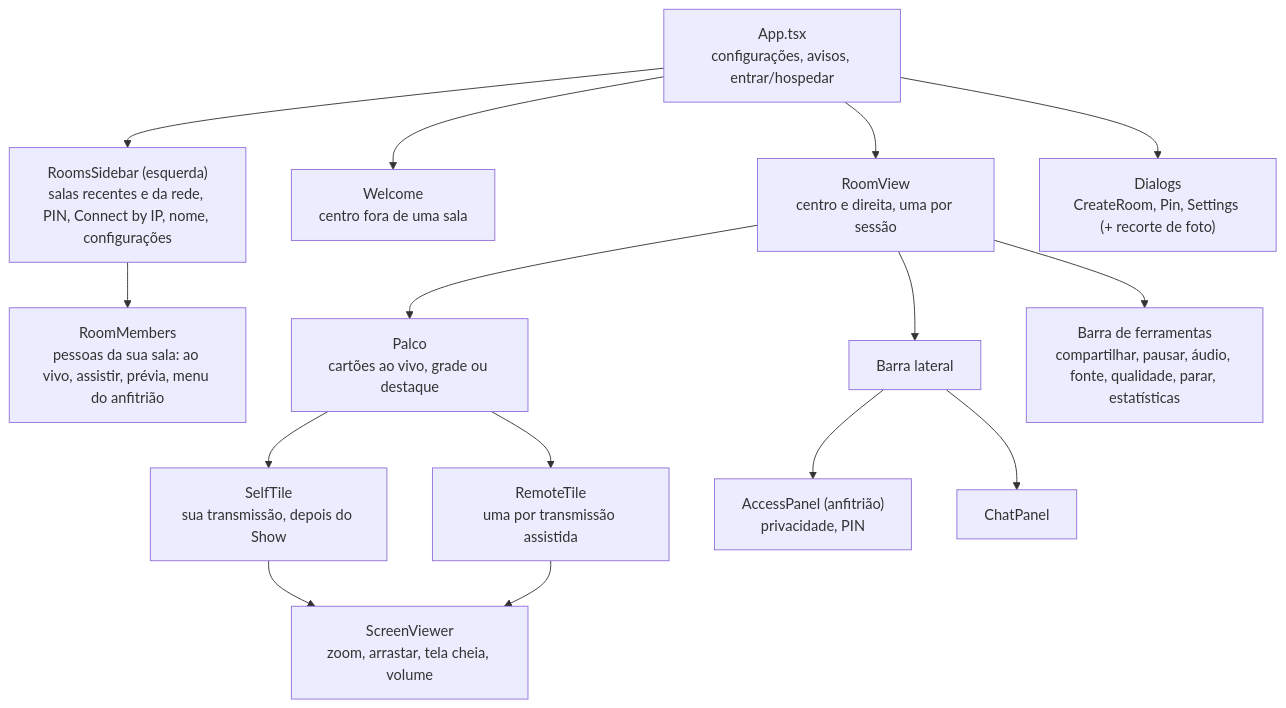
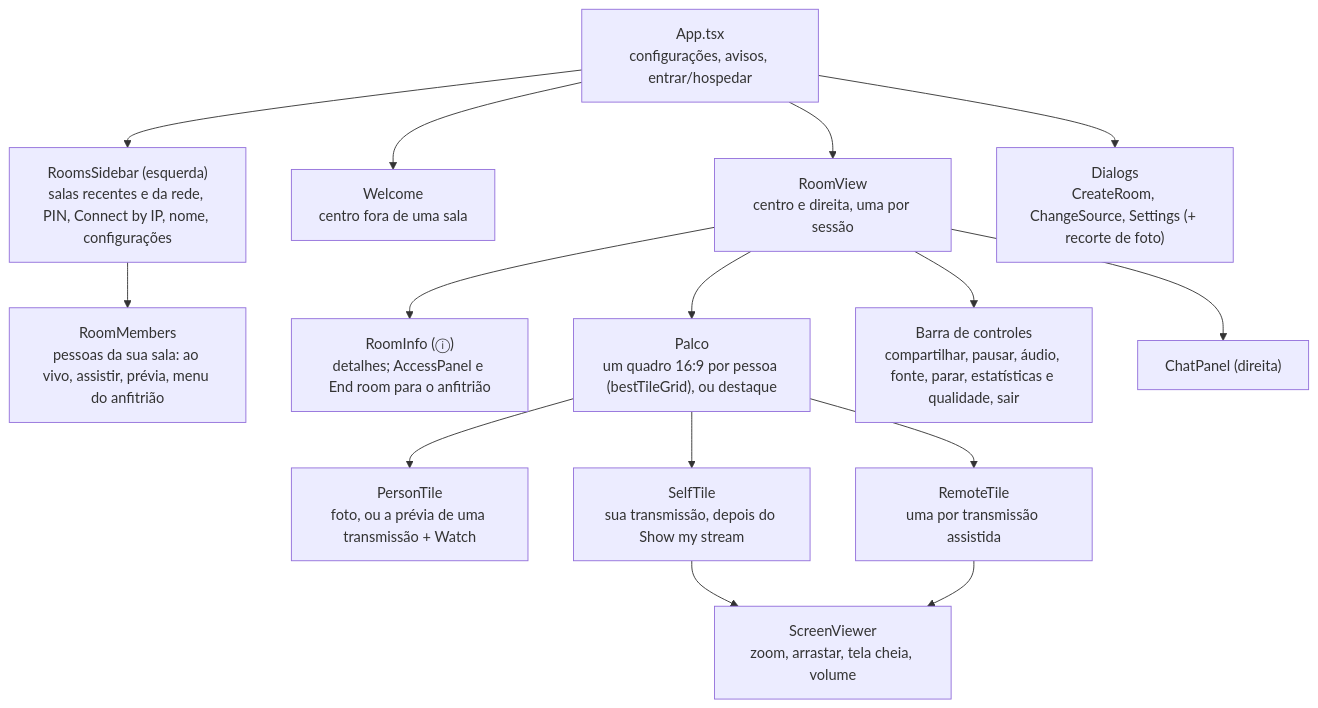
Before and after one commit to nsfxu/lan-screenshare: the fifth of 8 diagrams in docs/pt-BR/architecture.md, drawn with Mermaid. The commit also changed other lines of this file and 23 other files, not shown here.

First line of the commit message:
Give everyone a tile, with a control bar and room details behind ⓘ

````diff
--- a/docs/pt-BR/architecture.md
+++ b/docs/pt-BR/architecture.md
@@ -264,18 +264,18 @@
 ```mermaid
 flowchart TB
   App["App.tsx<br/>configurações, avisos, entrar/hospedar"]
   App --> Rooms["RoomsSidebar (esquerda)<br/>salas recentes e da rede, PIN, Connect by IP, nome, configurações"]
   Rooms --> Members["RoomMembers<br/>pessoas da sua sala: ao vivo, assistir, prévia, menu do anfitrião"]
   App --> Welcome["Welcome<br/>centro fora de uma sala"]
   App --> Room["RoomView<br/>centro e direita, uma por sessão"]
-  App --> Dlg["Dialogs<br/>CreateRoom, Pin, Settings (+ recorte de foto)"]
-  Room --> Stage["Palco<br/>cartões ao vivo, grade ou destaque"]
-  Stage --> Self["SelfTile<br/>sua transmissão, depois do Show"]
+  App --> Dlg["Dialogs<br/>CreateRoom, ChangeSource, Settings (+ recorte de foto)"]
+  Room --> Info["RoomInfo (ⓘ)<br/>detalhes; AccessPanel e End room para o anfitrião"]
+  Room --> Stage["Palco<br/>um quadro 16:9 por pessoa (bestTileGrid), ou destaque"]
+  Stage --> Person["PersonTile<br/>foto, ou a prévia de uma transmissão + Watch"]
+  Stage --> Self["SelfTile<br/>sua transmissão, depois do Show my stream"]
   Stage --> Remote["RemoteTile<br/>uma por transmissão assistida"]
   Self --> SV["ScreenViewer<br/>zoom, arrastar, tela cheia, volume"]
   Remote --> SV
-  Room --> Side["Barra lateral"]
-  Side --> Access["AccessPanel (anfitrião)<br/>privacidade, PIN"]
-  Side --> Chat["ChatPanel"]
-  Room --> Toolbar["Barra de ferramentas<br/>compartilhar, pausar, áudio, fonte, qualidade, parar, estatísticas"]
+  Room --> Bar["Barra de controles<br/>compartilhar, pausar, áudio, fonte, parar, estatísticas e qualidade, sair"]
+  Room --> Chat["ChatPanel (direita)"]
 ```
````
